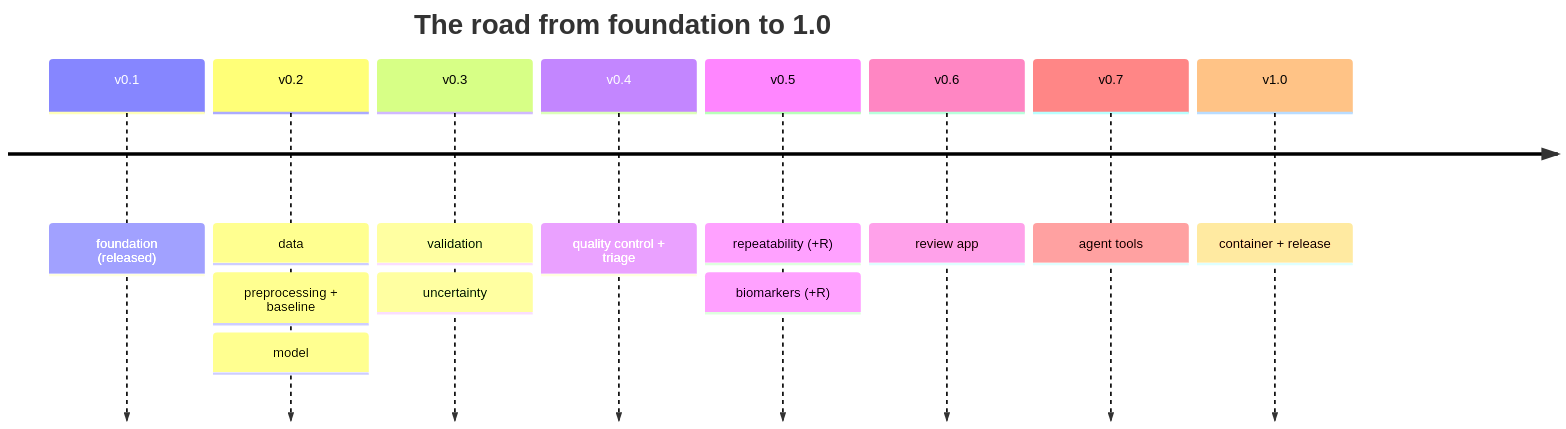
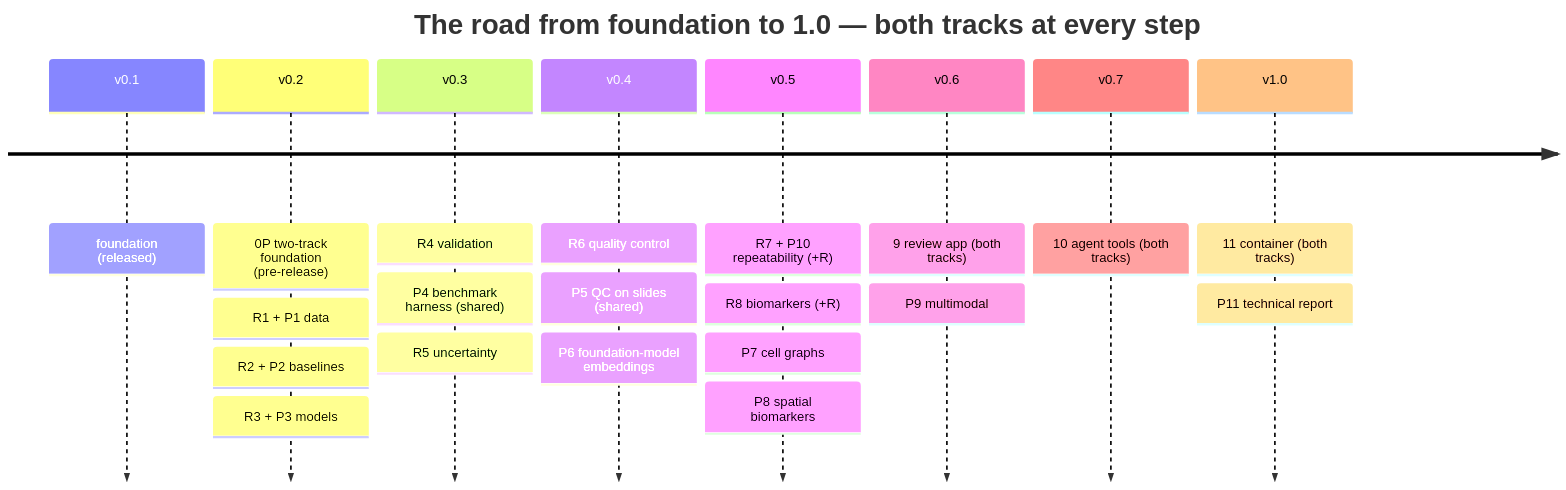
Before and after one commit to akannan2987/segaudit: the diagram in docs/05-roadmap.md, drawn with Mermaid. The commit also changed other lines of this file and 17 other files, not shown here.

Commit message:
phase 0P: two-track foundation - documentation, glossary-15, roadmaps, tutorial; v0.2.0-alpha.1

````diff
--- a/docs/05-roadmap.md
+++ b/docs/05-roadmap.md
@@ -15,12 +15,12 @@
 ```mermaid
 timeline
-    title The road from foundation to 1.0
+    title The road from foundation to 1.0 — both tracks at every step
     v0.1 : foundation (released)
-    v0.2 : data : preprocessing + baseline : model
-    v0.3 : validation : uncertainty
-    v0.4 : quality control + triage
-    v0.5 : repeatability (+R) : biomarkers (+R)
-    v0.6 : review app
-    v0.7 : agent tools
-    v1.0 : container + release
+    v0.2 : 0P two-track foundation (pre-release) : R1 + P1 data : R2 + P2 baselines : R3 + P3 models
+    v0.3 : R4 validation : P4 benchmark harness (shared) : R5 uncertainty
+    v0.4 : R6 quality control : P5 QC on slides (shared) : P6 foundation-model embeddings
+    v0.5 : R7 + P10 repeatability (+R) : R8 biomarkers (+R) : P7 cell graphs : P8 spatial biomarkers
+    v0.6 : 9 review app (both tracks) : P9 multimodal
+    v0.7 : 10 agent tools (both tracks)
+    v1.0 : 11 container (both tracks) : P11 technical report
 ```
````
